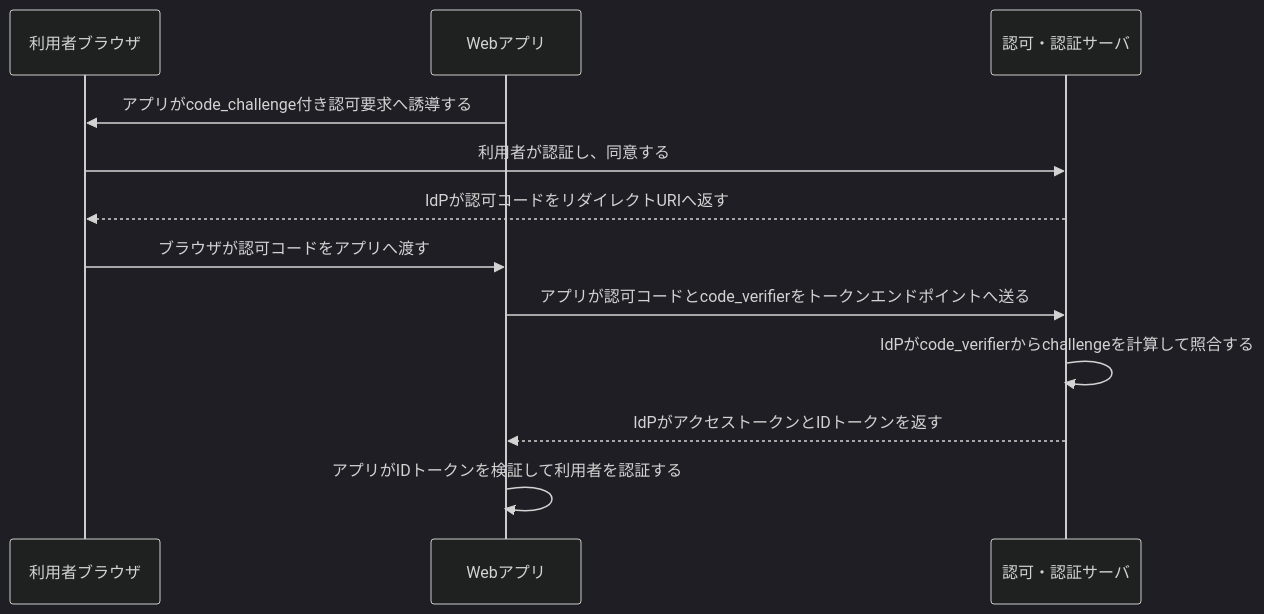
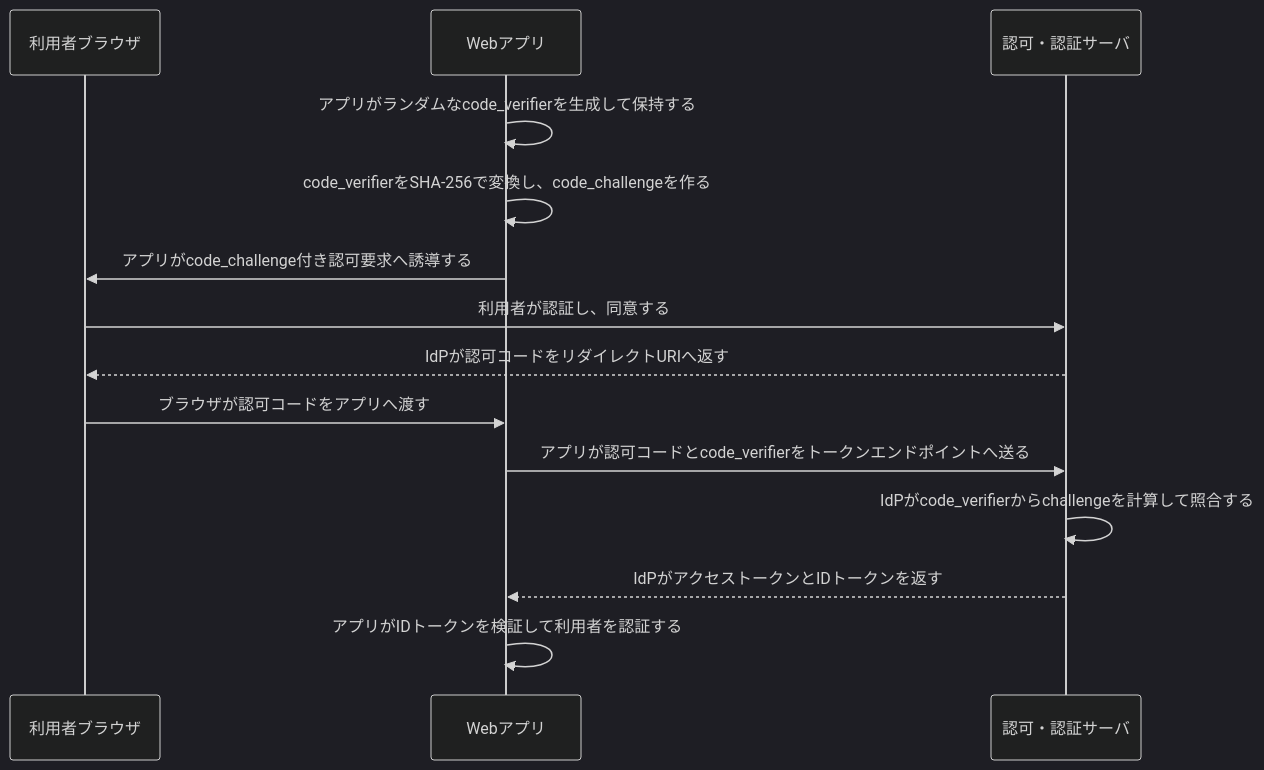
The diagram in 復習用/流れ図/OAuth2とOIDCの認可コードとPKCE.md (ryusuke2003/security-specialist-study), drawn with Mermaid (dark theme) before and after one commit. The commit also changed other lines of this file, not shown here.

Commit message:
code_verifierの流れを追加

````diff
--- a/復習用/流れ図/OAuth2とOIDCの認可コードとPKCE.md
+++ b/復習用/流れ図/OAuth2とOIDCの認可コードとPKCE.md
@@ -3,15 +3,17 @@
 ```mermaid
 sequenceDiagram
     participant User as 利用者ブラウザ
     participant Client as Webアプリ
     participant IdP as 認可・認証サーバ
 
+    Client->>Client: アプリがランダムなcode_verifierを生成して保持する
+    Client->>Client: code_verifierをSHA-256で変換し、code_challengeを作る
     Client->>User: アプリがcode_challenge付き認可要求へ誘導する
     User->>IdP: 利用者が認証し、同意する
     IdP-->>User: IdPが認可コードをリダイレクトURIへ返す
     User->>Client: ブラウザが認可コードをアプリへ渡す
     Client->>IdP: アプリが認可コードとcode_verifierをトークンエンドポイントへ送る
     IdP->>IdP: IdPがcode_verifierからchallengeを計算して照合する
     IdP-->>Client: IdPがアクセストークンとIDトークンを返す
     Client->>Client: アプリがIDトークンを検証して利用者を認証する
 ```
````
